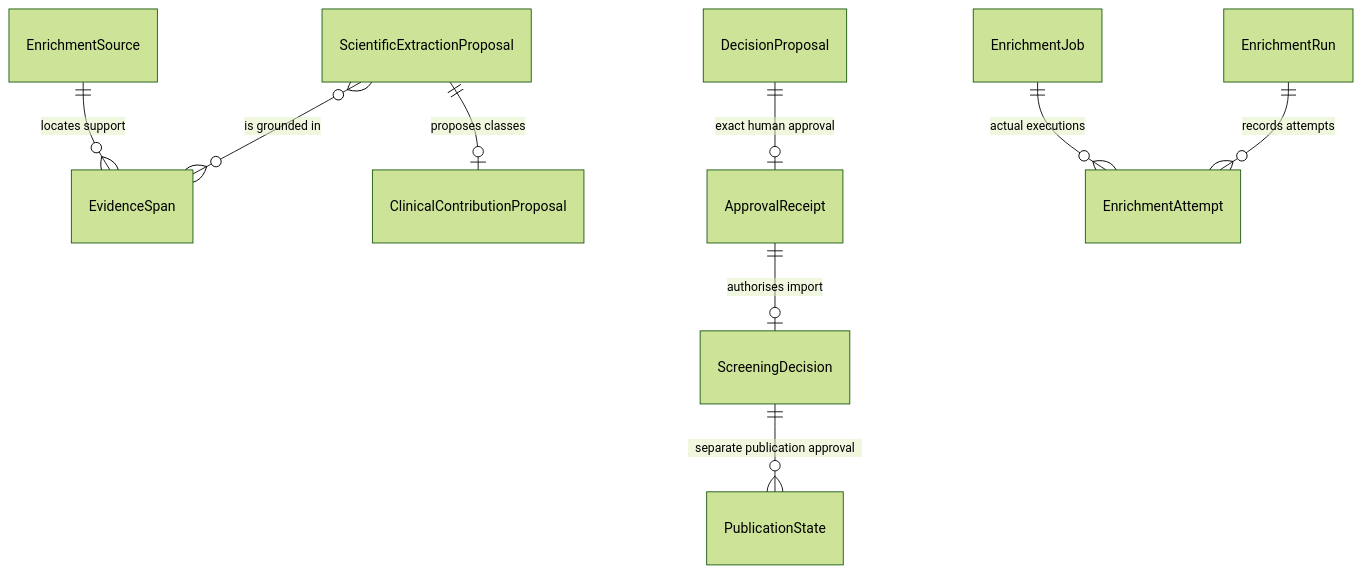
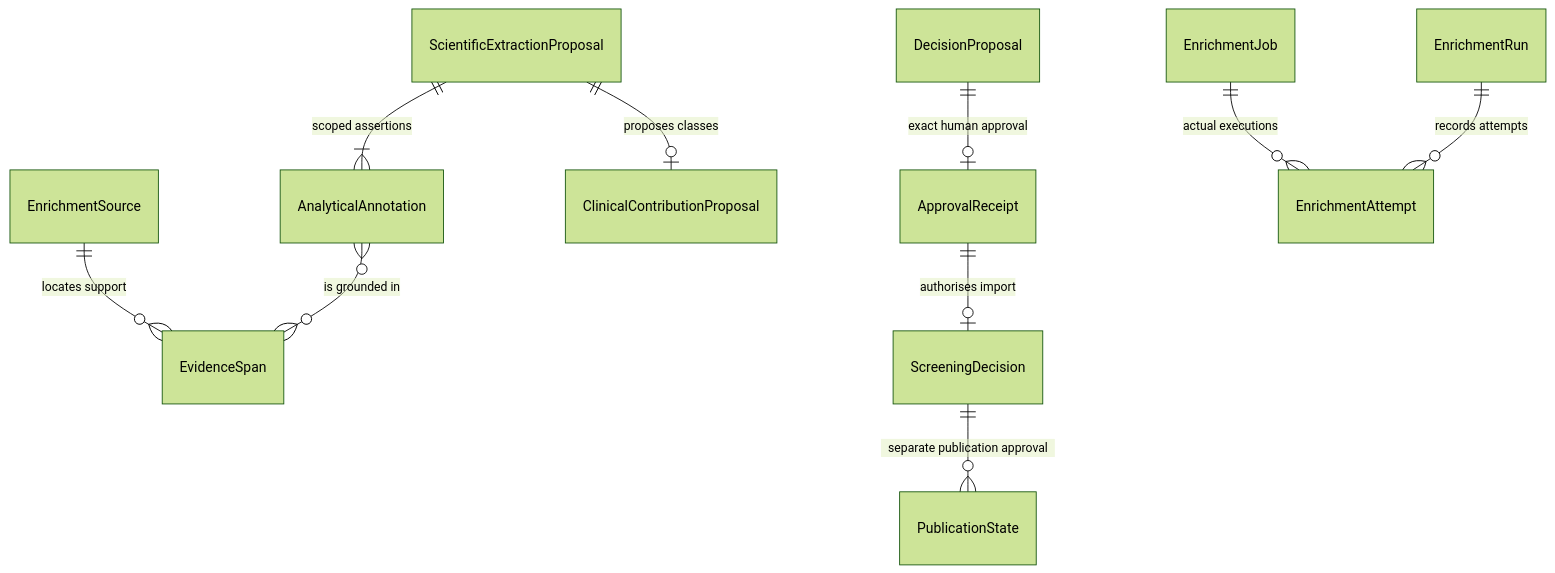
One commit to colazeta/criminal_infiltration_in_legal_economy_review changed the second of 2 diagrams in docs/architecture/README.md. Above: the diagram before and after it, drawn with Mermaid (forest theme). The commit also changed other lines of this file and 65 other files, not shown here.

````diff
--- a/docs/architecture/README.md
+++ b/docs/architecture/README.md
@@ -46,11 +46,12 @@
 ```mermaid
 erDiagram
     EnrichmentSource ||--o{ EvidenceSpan : "locates support"
-    ScientificExtractionProposal }o--o{ EvidenceSpan : "is grounded in"
+    ScientificExtractionProposal ||--|{ AnalyticalAnnotation : "scoped assertions"
+    AnalyticalAnnotation }o--o{ EvidenceSpan : "is grounded in"
     ScientificExtractionProposal ||--o| ClinicalContributionProposal : "proposes classes"
     DecisionProposal ||--o| ApprovalReceipt : "exact human approval"
     ApprovalReceipt ||--o| ScreeningDecision : "authorises import"
     ScreeningDecision ||--o{ PublicationState : "separate publication approval"
     EnrichmentJob ||--o{ EnrichmentAttempt : "actual executions"
     EnrichmentRun ||--o{ EnrichmentAttempt : "records attempts"
 ```
````
